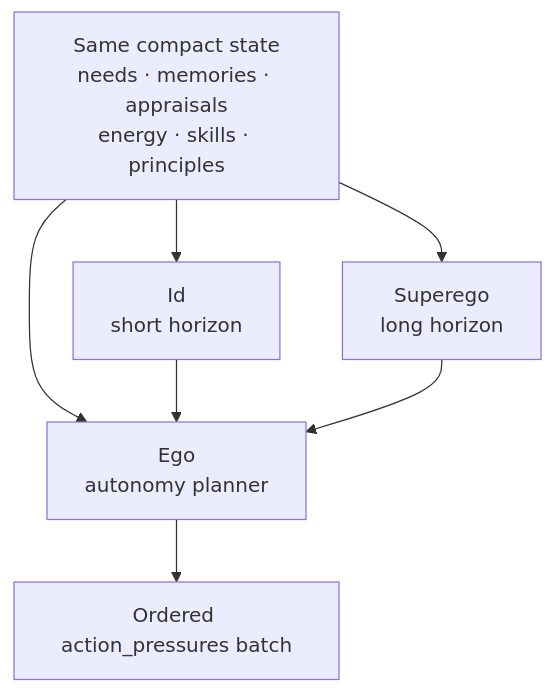
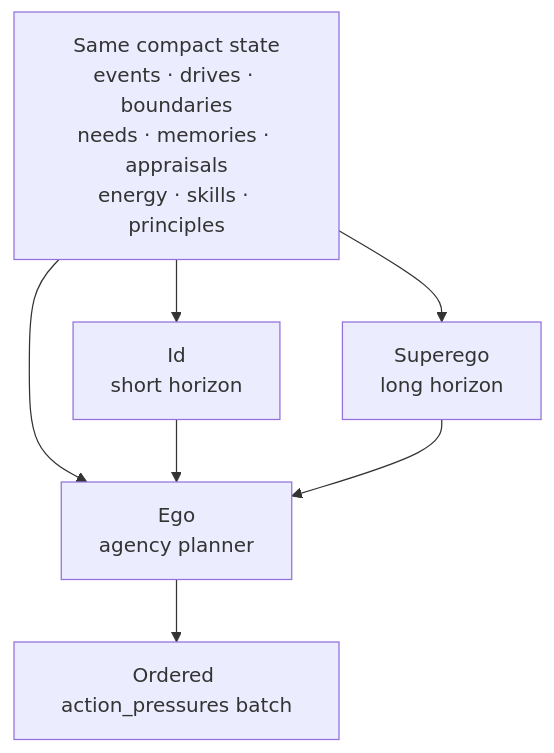
One commit to Velfi/AffectiveCore changed the fifth of 7 diagrams in docs/05-when-it-acts-alone.md. Above: the diagram before and after it, drawn with Mermaid. The commit also changed other lines of this file and 147 other files, not shown here.

````diff
--- a/docs/05-when-it-acts-alone.md
+++ b/docs/05-when-it-acts-alone.md
@@ -100,16 +120,16 @@
 ```mermaid
 flowchart TB
-    STATE[Same compact state<br/>needs · memories · appraisals<br/>energy · skills · principles]
+    STATE[Same compact state<br/>events · drives · boundaries<br/>needs · memories · appraisals<br/>energy · skills · principles]
 
     STATE --> ID
     STATE --> SUP
     STATE --> EGO
 
     ID[Id<br/>short horizon]
     SUP[Superego<br/>long horizon]
-    EGO[Ego<br/>autonomy planner]
+    EGO[Ego<br/>agency planner]
 
     ID --> EGO
     SUP --> EGO
     EGO --> ACT[Ordered action_pressures batch]
 ```
````
